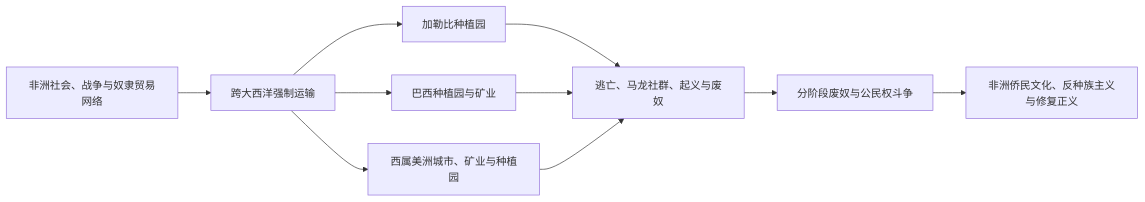
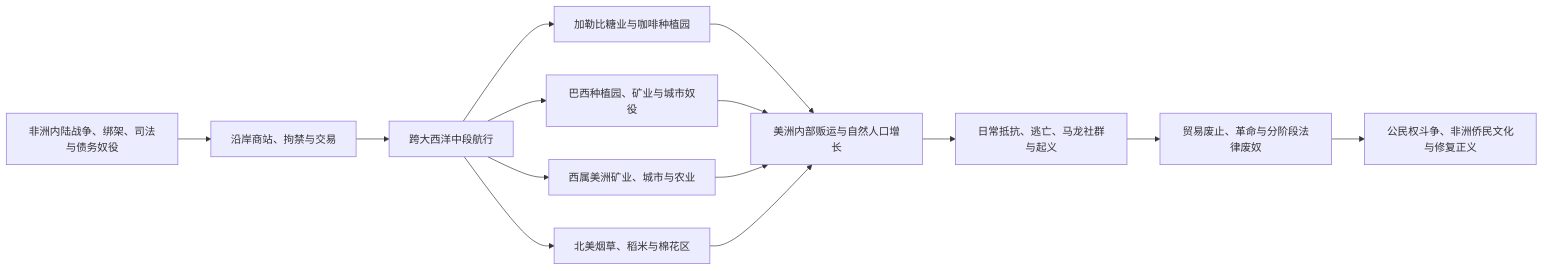
One commit to tianlan-dev/learning-notes changed the diagram in 人文科学/历史/美洲/殖民与独立/大西洋奴隶贸易、种植园与侨民.md. Above: the diagram before and after it, drawn with Mermaid. The commit also changed other lines of this file and 1417 other files, not shown here.

````diff
--- a/人文科学/历史/美洲/殖民与独立/大西洋奴隶贸易、种植园与侨民.md
+++ b/人文科学/历史/美洲/殖民与独立/大西洋奴隶贸易、种植园与侨民.md
@@ -17,12 +21,16 @@
 ```mermaid
 flowchart LR
-    Africa["非洲社会、战争与奴隶贸易网络"] --> MiddlePassage["跨大西洋强制运输"]
-    MiddlePassage --> Caribbean["加勒比种植园"]
-    MiddlePassage --> Brazil["巴西种植园与矿业"]
-    MiddlePassage --> SpanishAmerica["西属美洲城市、矿业与种植园"]
-    Caribbean --> Resistance["逃亡、马龙社群、起义与废奴"]
-    Brazil --> Resistance
-    SpanishAmerica --> Resistance
-    Resistance --> Emancipation["分阶段废奴与公民权斗争"]
-    Emancipation --> Diaspora["非洲侨民文化、反种族主义与修复正义"]
+    A["非洲内陆战争、绑架、司法与债务奴役"] --> B["沿岸商站、拘禁与交易"]
+    B --> C["跨大西洋中段航行"]
+    C --> D["加勒比糖业与咖啡种植园"]
+    C --> E["巴西种植园、矿业与城市奴役"]
+    C --> F["西属美洲矿业、城市与农业"]
+    C --> G["北美烟草、稻米与棉花区"]
+    D --> H["美洲内部贩运与自然人口增长"]
+    E --> H
+    F --> H
+    G --> H
+    H --> I["日常抵抗、逃亡、马龙社群与起义"]
+    I --> J["贸易废止、革命与分阶段法律废奴"]
+    J --> K["公民权斗争、非洲侨民文化与修复正义"]
 ```
````
